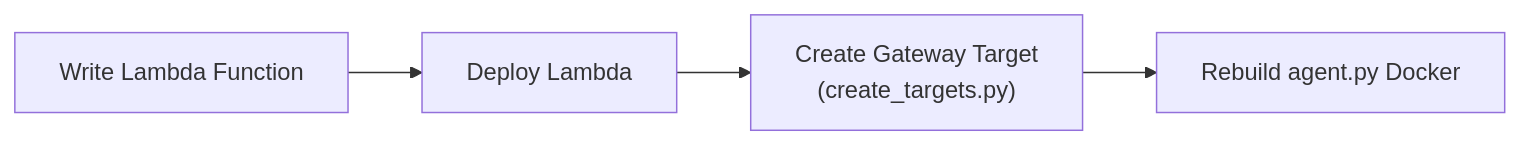
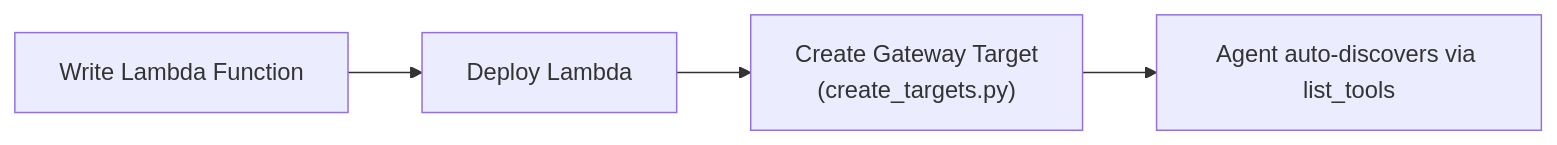
The sixth of 7 diagrams in docs-site/i18n/en/docusaurus-plugin-content-docs/current/faq/agentcore-memory.md (Atom-oh/awsops), drawn with Mermaid before and after one commit. The commit also changed other lines of this file and 14 other files, not shown here.

````diff
--- a/docs-site/i18n/en/docusaurus-plugin-content-docs/current/faq/agentcore-memory.md
+++ b/docs-site/i18n/en/docusaurus-plugin-content-docs/current/faq/agentcore-memory.md
@@ -559,6 +241,6 @@
 ```mermaid
 flowchart LR
   CODE["Write Lambda Function"] --> DEPLOY["Deploy Lambda"]
   DEPLOY --> TARGET["Create Gateway Target<br/>(create_targets.py)"]
-  TARGET --> REBUILD["Rebuild agent.py Docker"]
+  TARGET --> DISCOVER["Agent auto-discovers via list_tools"]
 ```
````
